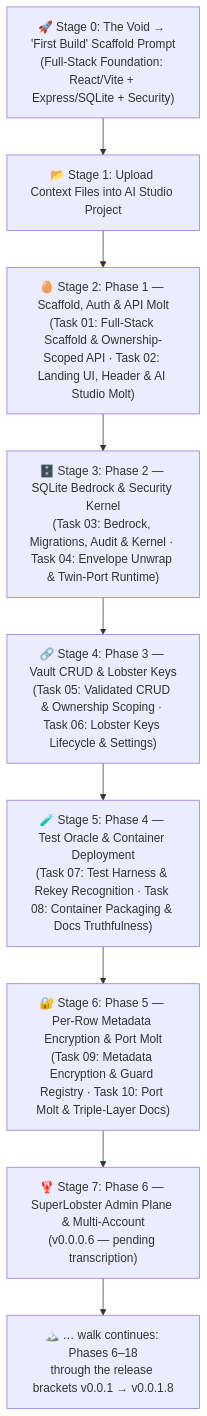
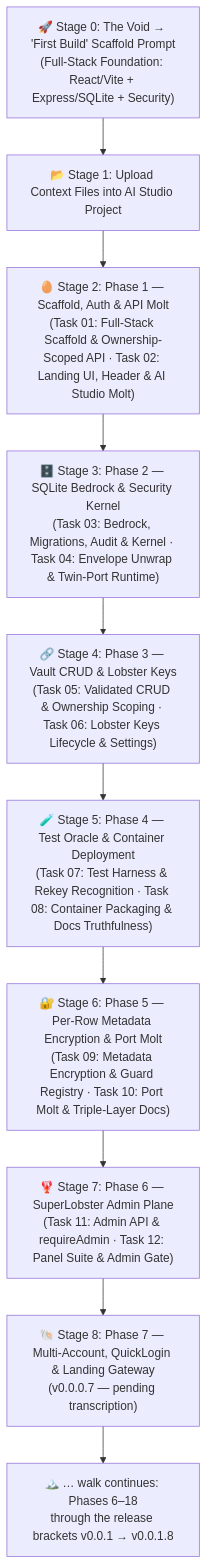
One commit to ClawStackStudios/ShellGuard changed the diagram in project/meta-prompt-ai-studio.md. Above: the diagram before and after it, drawn with Mermaid. The commit also changed other lines of this file and 2 other files, not shown here.

First line of the commit message:
docs: transcribe Phase 6 - SuperLobster Admin Plane

````diff
--- a/project/meta-prompt-ai-studio.md
+++ b/project/meta-prompt-ai-studio.md
@@ -16,21 +16,23 @@
 ```mermaid
 flowchart TD
     Step0["🚀 Stage 0: The Void → 'First Build' Scaffold Prompt<br/>(Full-Stack Foundation: React/Vite + Express/SQLite + Security)"]
     UploadContext["📂 Stage 1: Upload Context Files into AI Studio Project"]
     Phase1["🥚 Stage 2: Phase 1 — Scaffold, Auth & API Molt<br/>(Task 01: Full-Stack Scaffold & Ownership-Scoped API · Task 02: Landing UI, Header & AI Studio Molt)"]
     Phase2["🗄️ Stage 3: Phase 2 — SQLite Bedrock & Security Kernel<br/>(Task 03: Bedrock, Migrations, Audit & Kernel · Task 04: Envelope Unwrap & Twin-Port Runtime)"]
     Phase3["🔗 Stage 4: Phase 3 — Vault CRUD & Lobster Keys<br/>(Task 05: Validated CRUD & Ownership Scoping · Task 06: Lobster Keys Lifecycle & Settings)"]
     Phase4["🧪 Stage 5: Phase 4 — Test Oracle & Container Deployment<br/>(Task 07: Test Harness & Rekey Recognition · Task 08: Container Packaging & Docs Truthfulness)"]
     Phase5["🔐 Stage 6: Phase 5 — Per-Row Metadata Encryption & Port Molt<br/>(Task 09: Metadata Encryption & Guard Registry · Task 10: Port Molt & Triple-Layer Docs)"]
-    Phase6["🦞 Stage 7: Phase 6 — SuperLobster Admin Plane & Multi-Account<br/>(v0.0.0.6 — pending transcription)"]
+    Phase6["🦞 Stage 7: Phase 6 — SuperLobster Admin Plane<br/>(Task 11: Admin API & requireAdmin · Task 12: Panel Suite & Admin Gate)"]
+    Phase7["🐚 Stage 8: Phase 7 — Multi-Account, QuickLogin & Landing Gateway<br/>(v0.0.0.7 — pending transcription)"]
     Summit["🏔️ … walk continues: Phases 6–18<br/>through the release brackets v0.0.1 → v0.0.1.8"]
 
     Step0 --> UploadContext
     UploadContext --> Phase1
     Phase1 --> Phase2
     Phase2 --> Phase3
     Phase3 --> Phase4
     Phase4 --> Phase5
     Phase5 --> Phase6
-    Phase6 --> Summit
+    Phase6 --> Phase7
+    Phase7 --> Summit
 ```
````
